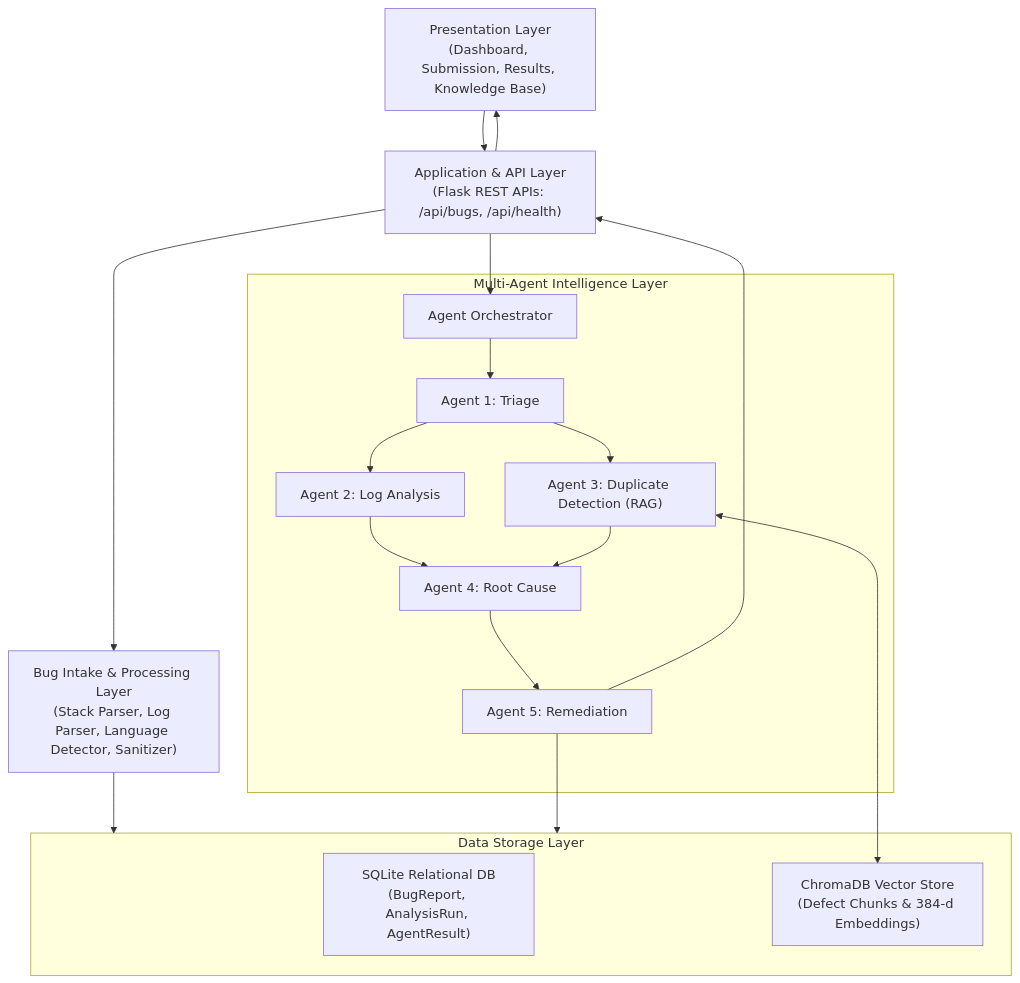
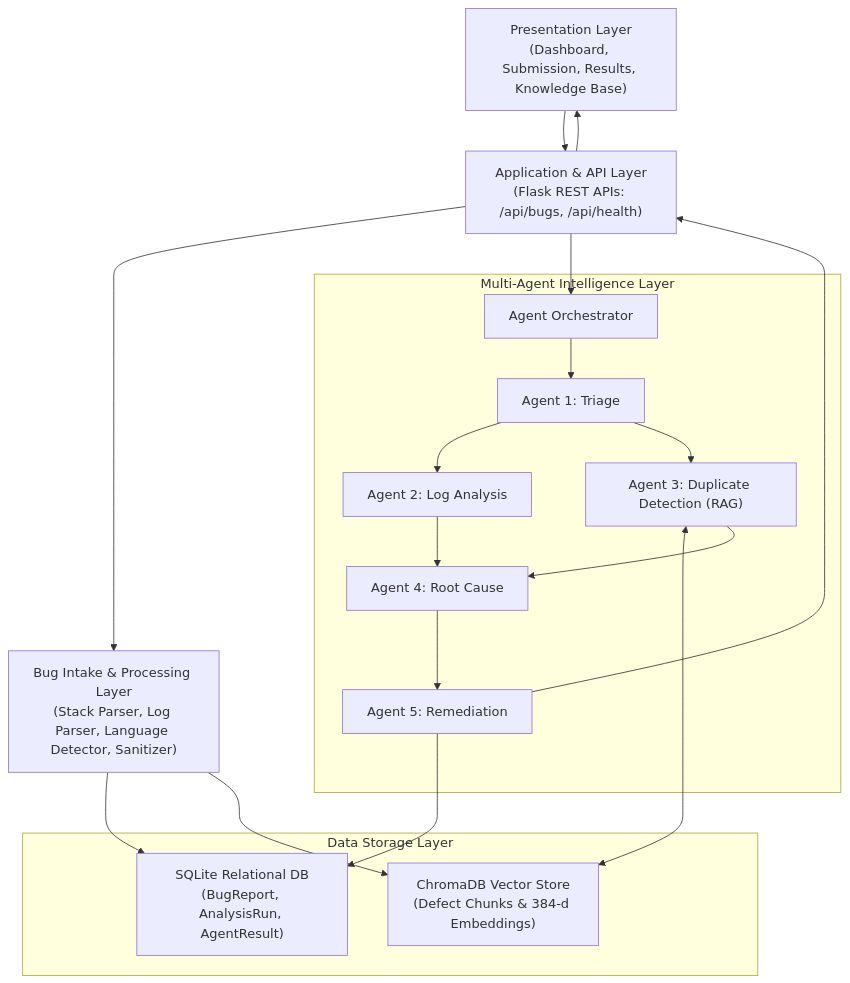
One commit to patelsushil2006/intelligent-bug-diagnosis-platform changed the diagram in README.md. Above: the diagram before and after it, drawn with Mermaid. The commit also changed other lines of this file, not shown here.

Commit message:
docs: finalize GitHub-ready README with relative links and verified Mermaid syntax

````diff
--- a/README.md
+++ b/README.md
@@ -18,35 +18,36 @@
 ```mermaid
 flowchart TD
     UI["Presentation Layer<br/>(Dashboard, Submission, Results, Knowledge Base)"]
     API["Application & API Layer<br/>(Flask REST APIs: /api/bugs, /api/health)"]
     INTAKE["Bug Intake & Processing Layer<br/>(Stack Parser, Log Parser, Language Detector, Sanitizer)"]
     
     subgraph Storage ["Data Storage Layer"]
         SQL["SQLite Relational DB<br/>(BugReport, AnalysisRun, AgentResult)"]
         CHROMA["ChromaDB Vector Store<br/>(Defect Chunks & 384-d Embeddings)"]
     end
 
     subgraph Agents ["Multi-Agent Intelligence Layer"]
         ORCH["Agent Orchestrator"]
         TRIAGE["Agent 1: Triage"]
         LOGS["Agent 2: Log Analysis"]
         DUP["Agent 3: Duplicate Detection (RAG)"]
         RC["Agent 4: Root Cause"]
         REM["Agent 5: Remediation"]
     end
 
     UI --> API
     API --> INTAKE
-    INTAKE --> Storage
+    INTAKE --> SQL
+    INTAKE --> CHROMA
     API --> ORCH
     ORCH --> TRIAGE
     TRIAGE --> LOGS
     TRIAGE --> DUP
     DUP <--> CHROMA
     LOGS --> RC
     DUP --> RC
     RC --> REM
-    REM --> Storage
+    REM --> SQL
     REM --> API
     API --> UI
 ```
````
